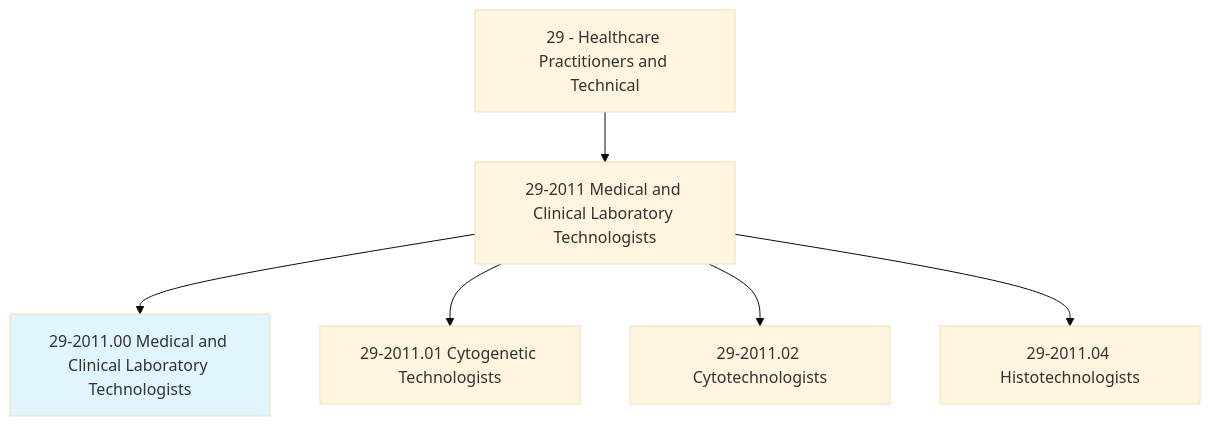
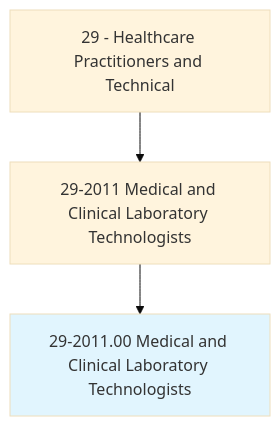
Before and after one commit to kziemski/business.org.ai: the first of 4 diagrams in occupations/HealthcarePractitioners/MedicalAndClinicalLaboratoryTechnologists.mdx, drawn with Mermaid (base theme). The commit also changed other lines of this file and 938 other files, not shown here.

````diff
--- a/occupations/HealthcarePractitioners/MedicalAndClinicalLaboratoryTechnologists.mdx
+++ b/occupations/HealthcarePractitioners/MedicalAndClinicalLaboratoryTechnologists.mdx
@@ -19,9 +23,6 @@
 ```mermaid
 graph TD
     Cat29["29 - Healthcare Practitioners and Technical"] --> Group292011["29-2011 Medical and Clinical Laboratory Technologists"]
     Group292011 --> Current["29-2011.00 Medical and Clinical Laboratory Technologists"]
     style Current fill:#e1f5fe
-    Group292011 --> V29201101["29-2011.01 Cytogenetic Technologists"]
-    Group292011 --> V29201102["29-2011.02 Cytotechnologists"]
-    Group292011 --> V29201104["29-2011.04 Histotechnologists"]
 ```
````
